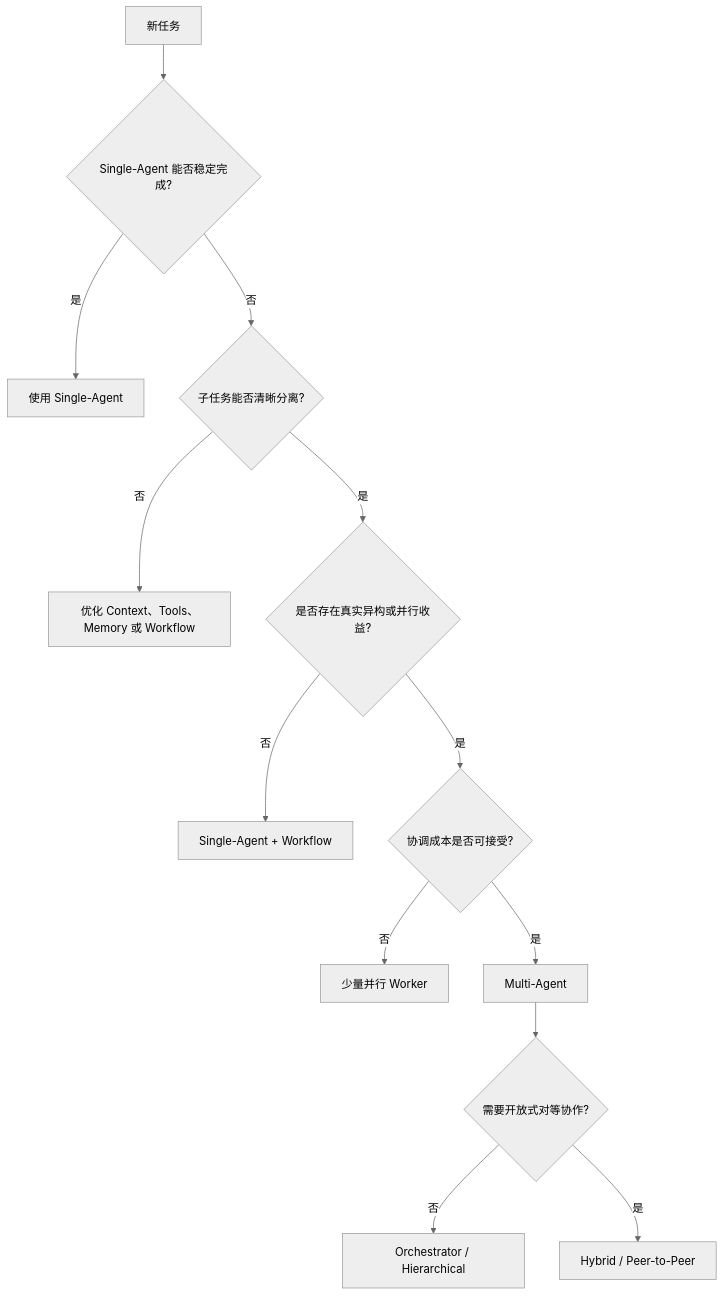
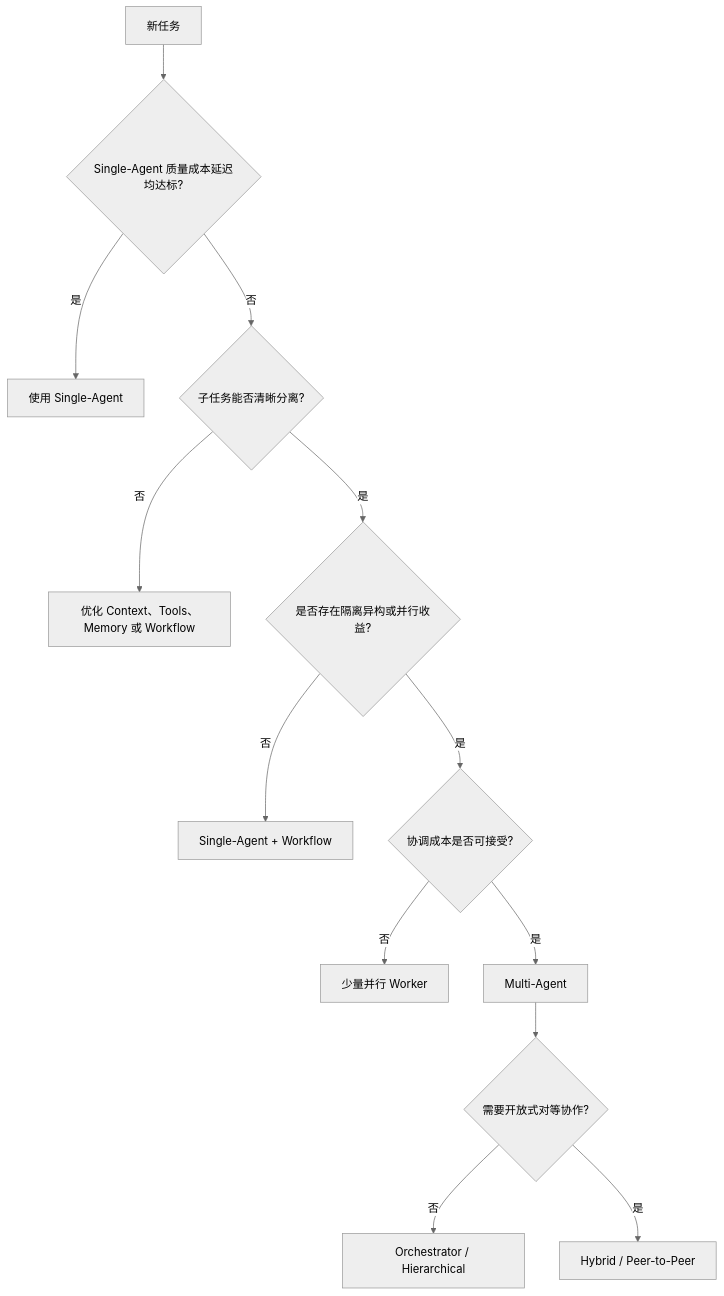
Diagram 19 of 19 in docs/agent/04-multi-agent/09-single-vs-multi-agent.md (oneleaveknowsthefall/awesome-ai-roadmap), drawn with Mermaid (neutral theme) before and after one commit. The commit also changed other lines of this file and 50 other files, not shown here.

````diff
--- a/docs/agent/04-multi-agent/09-single-vs-multi-agent.md
+++ b/docs/agent/04-multi-agent/09-single-vs-multi-agent.md
@@ -1038,15 +1054,15 @@
 ```mermaid
 flowchart TB
-    G[新任务] --> S{Single-Agent 能否稳定完成?}
+    G[新任务] --> S{Single-Agent 质量成本延迟均达标?}
     S -->|是| SINGLE[使用 Single-Agent]
     S -->|否| D{子任务能否清晰分离?}
     D -->|否| IMPROVE[优化 Context、Tools、Memory 或 Workflow]
-    D -->|是| H{是否存在真实异构或并行收益?}
+    D -->|是| H{是否存在隔离异构或并行收益?}
     H -->|否| WORKFLOW[Single-Agent + Workflow]
     H -->|是| C{协调成本是否可接受?}
     C -->|否| LIMITED[少量并行 Worker]
     C -->|是| M[Multi-Agent]
     M --> T{需要开放式对等协作?}
     T -->|否| O[Orchestrator / Hierarchical]
     T -->|是| P[Hybrid / Peer-to-Peer]
 ```
````
